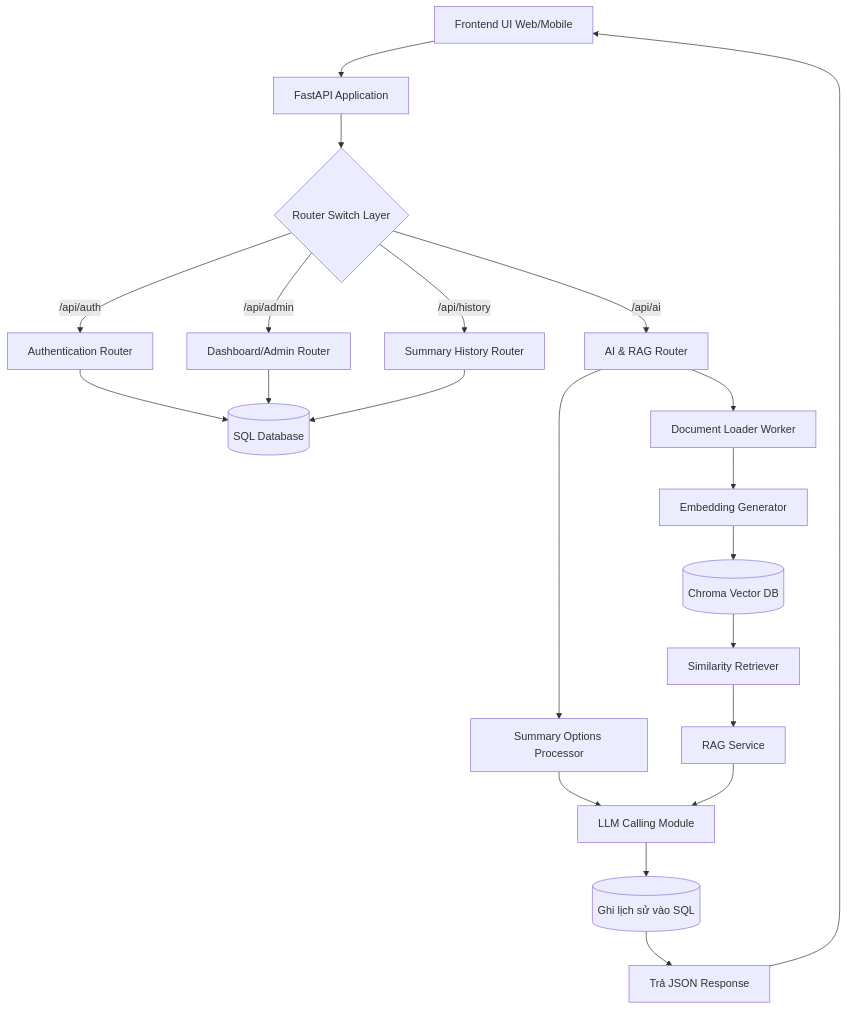
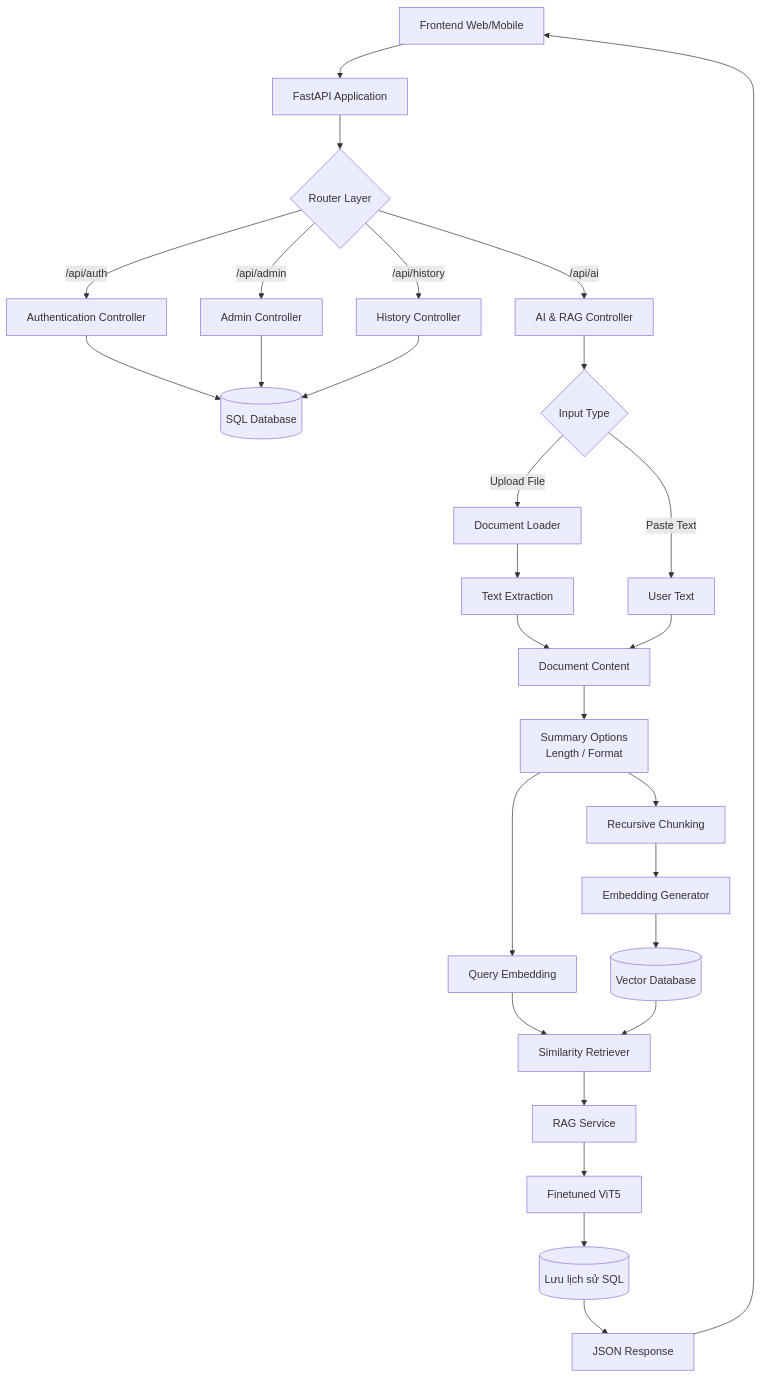
The fifth of 6 diagrams in README.md (kienng221105/Summarize-Vietnamese-Text), drawn with Mermaid before and after one commit. The commit also changed other lines of this file, not shown here.

````diff
--- a/README.md
+++ b/README.md
@@ -161,45 +171,58 @@
 ```mermaid
-flowchart TD
-
-  UI[Frontend UI Web/Mobile]
-
-  UI --> API[FastAPI Application]
-
-  API --> M{Router Switch Layer}
-
-  M -->|/api/auth| AuthC[Authentication Router]
-
-  M -->|/api/admin| AdminC[Dashboard/Admin Router]
-
-  M -->|/api/history| ChatC[Summary History Router]
-
-  M -->|/api/ai| AIC[AI & RAG Router]
-
-  AuthC --> PG[(SQL Database)]
-
-  AdminC --> PG
-
-  ChatC --> PG
-
-  AIC --> File[Document Loader Worker]
-
-  File --> Embed[Embedding Generator]
-
-  Embed --> VDB[(Chroma Vector DB)]
-
-  VDB --> Ret[Similarity Retriever]
-
-  Ret --> RAG[RAG Service]
-
-  AIC --> Opt[Summary Options Processor]
-
-  Opt --> LLM[LLM Calling Module]
-
-  RAG --> LLM
-
-  LLM --> SaveDB[(Ghi lịch sử vào SQL)]
-
-  SaveDB --> Res[Trả JSON Response]
-
-  Res --> UI
+flowchart TD  
+  
+UI[Frontend Web/Mobile]  
+  
+UI --> API[FastAPI Application]  
+  
+API --> Router{Router Layer}  
+  
+Router -->|/api/auth| AuthC[Authentication Controller]  
+Router -->|/api/admin| AdminC[Admin Controller]  
+Router -->|/api/history| HistoryC[History Controller]  
+Router -->|/api/ai| AIC[AI & RAG Controller]  
+  
+AuthC --> PG[(SQL Database)]  
+AdminC --> PG  
+HistoryC --> PG  
+  
+  
+%% USER INPUT  
+AIC --> Input{Input Type}  
+  
+Input -->|Paste Text| TextInput[User Text]  
+Input -->|Upload File| Document[Document Loader]  
+  
+Document --> Extract[Text Extraction]  
+  
+Extract --> Content[Document Content]  
+TextInput --> Content  
+  
+  
+%% OPTIONS  
+Content --> Opt[Summary Options<br/>Length / Format]  
+  
+  
+%% RAG PIPELINE  
+Opt --> Splitter[Recursive Chunking]  
+  
+Splitter --> Embed[Embedding Generator]  
+  
+Embed --> VDB[(Vector Database)]  
+  
+Opt --> QueryEmbed[Query Embedding]  
+  
+QueryEmbed --> Retriever[Similarity Retriever]  
+  
+VDB --> Retriever  
+  
+Retriever --> RAG[RAG Service]  
+  
+RAG --> LLM[Finetuned ViT5]  
+  
+LLM --> SaveDB[(Lưu lịch sử SQL)]  
+  
+SaveDB --> Response[JSON Response]  
+  
+Response --> UI
 ```
````
